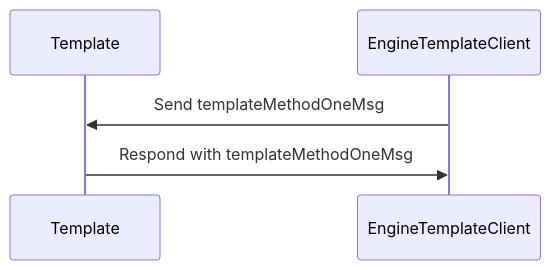
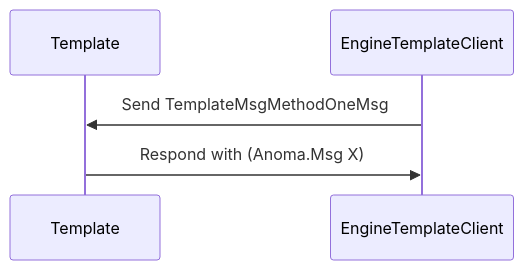
One commit to anoma/nspec changed the diagram in docs/arch/node/engines/template_messages.juvix.md. Above: the diagram before and after it, drawn with Mermaid. The commit also changed other lines of this file and 3 other files, not shown here.

````diff
--- a/docs/arch/node/engines/template_messages.juvix.md
+++ b/docs/arch/node/engines/template_messages.juvix.md
@@ -131,8 +146,8 @@
 ```mermaid
 sequenceDiagram
     participant Template
     participant EngineTemplateClient
 
-    EngineTemplateClient ->> Template: Send templateMethodOneMsg
-    Template ->> EngineTemplateClient: Respond with templateMethodOneMsg
+    EngineTemplateClient ->> Template: Send TemplateMsgMethodOneMsg
+    Template ->> EngineTemplateClient: Respond with (Anoma.Msg X)
 ```
````
